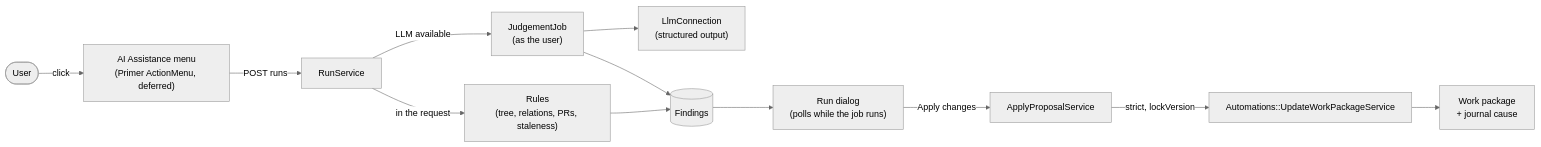
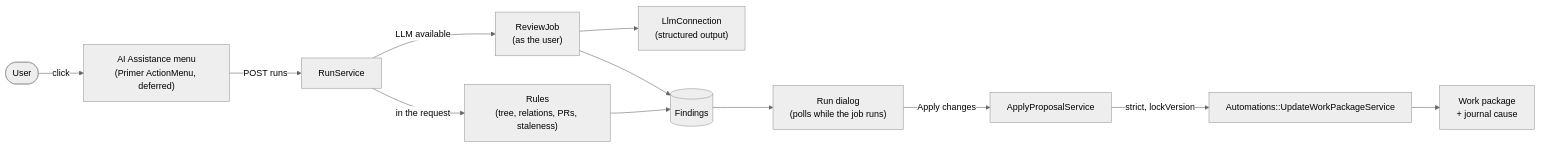
One commit to opf/openproject changed the diagram in docs/development/concepts/ai-assistance/README.md. Above: the diagram before and after it, drawn with Mermaid (neutral theme). The commit also changed other lines of this file and 27 other files, not shown here.

Commit message:
Rename the AI judgement to AI review, and move shared proposal classes to AI::Assistance

````diff
--- a/docs/development/concepts/ai-assistance/README.md
+++ b/docs/development/concepts/ai-assistance/README.md
@@ -27,14 +27,14 @@
 ```mermaid
 flowchart LR
   U([User]) -->|click| M["AI Assistance menu<br/>(Primer ActionMenu, deferred)"]
   M -->|POST runs| RS["RunService"]
   RS -->|in the request| R["Rules<br/>(tree, relations, PRs, staleness)"]
-  RS -->|LLM available| J["JudgementJob<br/>(as the user)"]
+  RS -->|LLM available| J["ReviewJob<br/>(as the user)"]
   J --> LLM["LlmConnection<br/>(structured output)"]
   R --> F[("Findings")]
   J --> F
   F --> D["Run dialog<br/>(polls while the job runs)"]
   D -->|Apply changes| A["ApplyProposalService"]
   A -->|strict, lockVersion| AU["Automations::UpdateWorkPackageService"]
   AU --> WP["Work package<br/>+ journal cause"]
 ```
````
